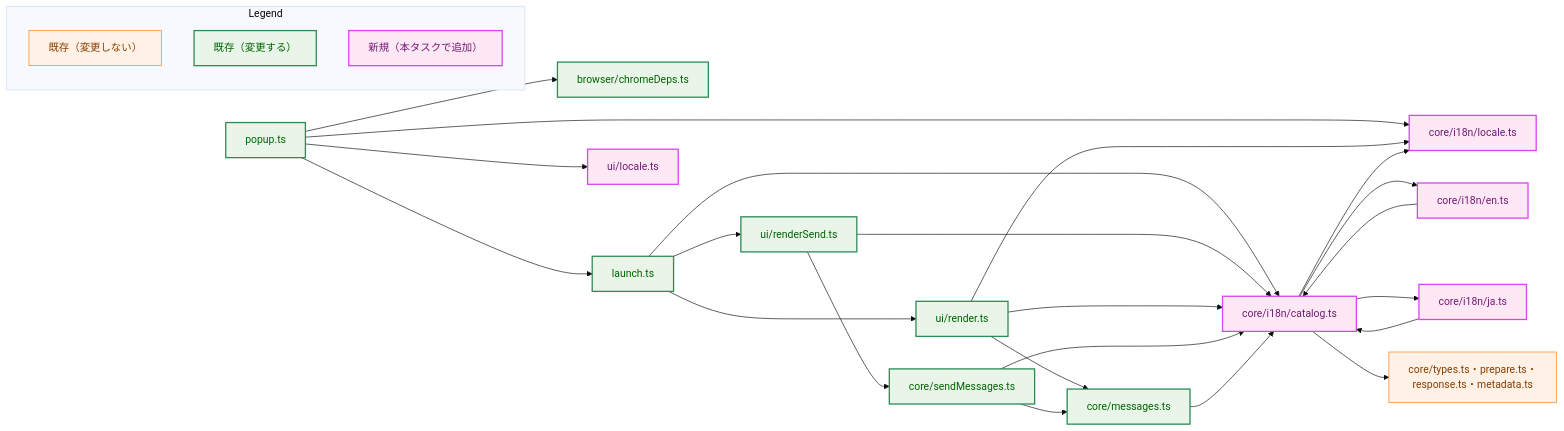
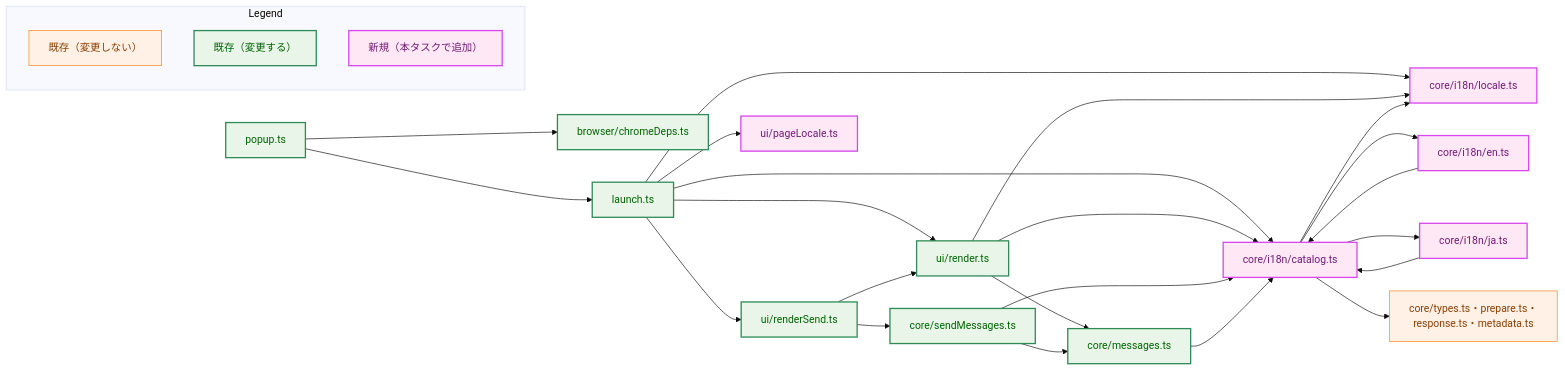
One commit to isseis/yt2column changed the second of 4 diagrams in docs/tasks/0043_extension_i18n/02_architecture.md. Above: the diagram before and after it, drawn with Mermaid (base theme). The commit also changed other lines of this file, not shown here.

First line of the commit message:
docs(0043): address architecture review and Japanese prose findings

````diff
--- a/docs/tasks/0043_extension_i18n/02_architecture.md
+++ b/docs/tasks/0043_extension_i18n/02_architecture.md
@@ -138,55 +147,55 @@
 ```mermaid
 flowchart LR
     classDef process fill:#fff1e6,stroke:#ff7f0e,stroke-width:1px,color:#8a3e00;
     classDef enhanced fill:#e8f5e8,stroke:#2e8b57,stroke-width:2px,color:#006400;
     classDef newpkg fill:#ffe8f5,stroke:#d946ef,stroke-width:2px,color:#701a75;
 
     POPUP["popup.ts"]
     DEPS["browser/chromeDeps.ts"]
     LAUNCH["launch.ts"]
     RENDER["ui/render.ts"]
     RSEND["ui/renderSend.ts"]
-    ULOCALE["ui/locale.ts"]
+    PAGELOC["ui/pageLocale.ts"]
     MSG["core/messages.ts"]
     SMSG["core/sendMessages.ts"]
     LOCALE["core/i18n/locale.ts"]
     CATALOG["core/i18n/catalog.ts"]
     EN["core/i18n/en.ts"]
     JA["core/i18n/ja.ts"]
     TYPES["core/types.ts・prepare.ts・<br>response.ts・metadata.ts"]
 
     POPUP --> DEPS
-    POPUP --> LOCALE
-    POPUP --> ULOCALE
     POPUP --> LAUNCH
+    LAUNCH --> LOCALE
+    LAUNCH --> PAGELOC
     LAUNCH --> RENDER
     LAUNCH --> RSEND
     LAUNCH --> CATALOG
+    RSEND --> RENDER
     RSEND --> SMSG
-    RSEND --> CATALOG
     RENDER --> MSG
     RENDER --> CATALOG
     RENDER --> LOCALE
     SMSG --> MSG
     SMSG --> CATALOG
     MSG --> CATALOG
     CATALOG --> EN
     CATALOG --> JA
     CATALOG --> LOCALE
     EN --> CATALOG
     JA --> CATALOG
     CATALOG --> TYPES
 
     class TYPES process
     class POPUP,DEPS,LAUNCH,RENDER,RSEND,MSG,SMSG enhanced
-    class ULOCALE,LOCALE,CATALOG,EN,JA newpkg
+    class PAGELOC,LOCALE,CATALOG,EN,JA newpkg
 
     subgraph Legend["Legend"]
         L2["既存（変更しない）"]
         L3["既存（変更する）"]
         L4["新規（本タスクで追加）"]
     end
     class L2 process
     class L3 enhanced
     class L4 newpkg
 ```
````
